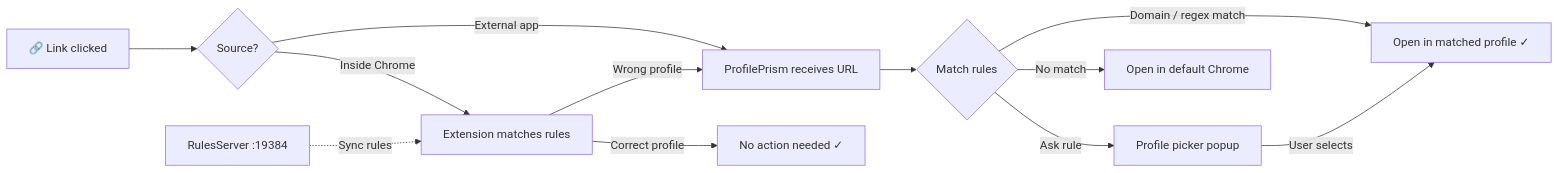
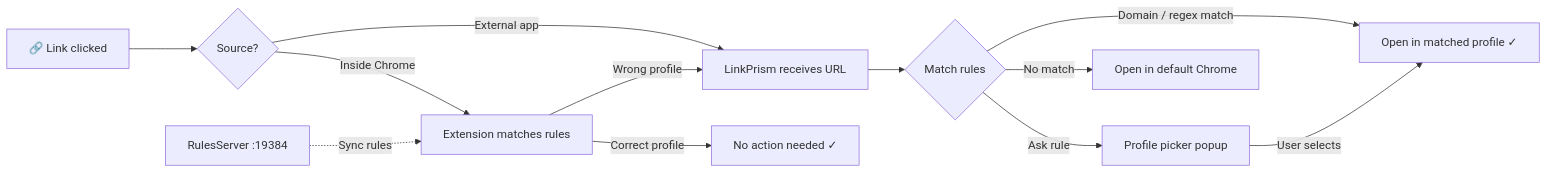
The diagram in README.md (badaverse/linkprism), drawn with Mermaid before and after one commit. The commit also changed other lines of this file and 81 other files, not shown here.

First line of the commit message:
rebrand: rename ProfilePrism to LinkPrism

````diff
--- a/README.md
+++ b/README.md
@@ -93,15 +93,15 @@
 ```mermaid
 graph LR
     A["🔗 Link clicked"] --> B{"Source?"}
-    B -->|"External app"| C["ProfilePrism receives URL"]
+    B -->|"External app"| C["LinkPrism receives URL"]
     B -->|"Inside Chrome"| D["Extension matches rules"]
     D -->|"Wrong profile"| C
     D -->|"Correct profile"| I["No action needed ✓"]
     C --> E{"Match rules"}
     E -->|"Domain / regex match"| F["Open in matched profile ✓"]
     E -->|"Ask rule"| G["Profile picker popup"]
     E -->|"No match"| H["Open in default Chrome"]
     G -->|"User selects"| F
 
     J["RulesServer :19384"] -.->|"Sync rules"| D
 ```
````
